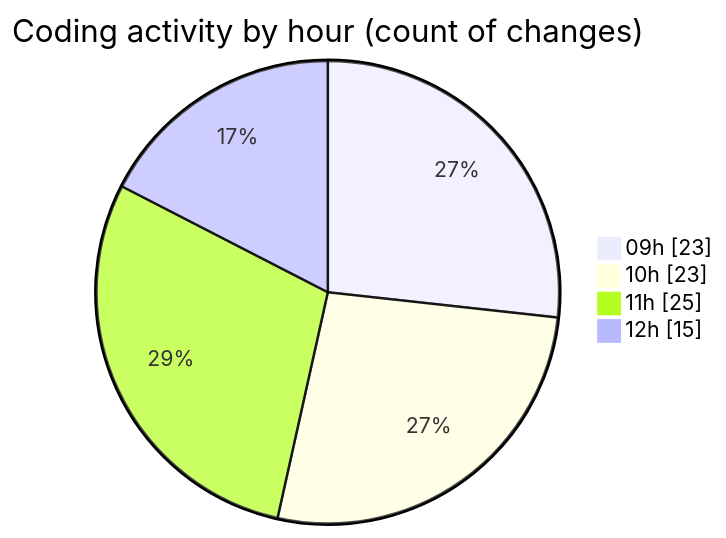
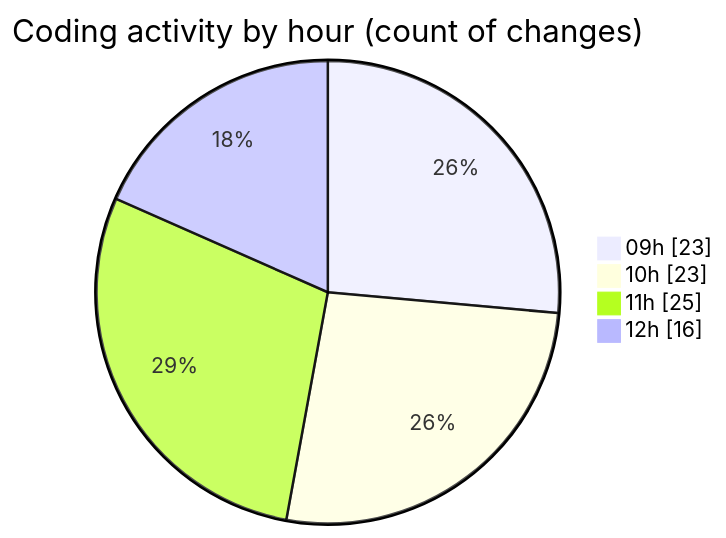
One commit to momahboobian/code-tracking changed the second of 2 diagrams in 2025-10-23/cda/README.md. Above: the diagram before and after it, drawn with Mermaid. The commit also changed other lines of this file and 1 other file, not shown here.

````diff
--- a/2025-10-23/cda/README.md
+++ b/2025-10-23/cda/README.md
@@ -31,8 +31,8 @@
 ```mermaid
 pie showData
 title Coding activity by hour (count of changes)
 "09h" : 23
 "10h" : 23
 "11h" : 25
-"12h" : 15
+"12h" : 16
 ```
````
